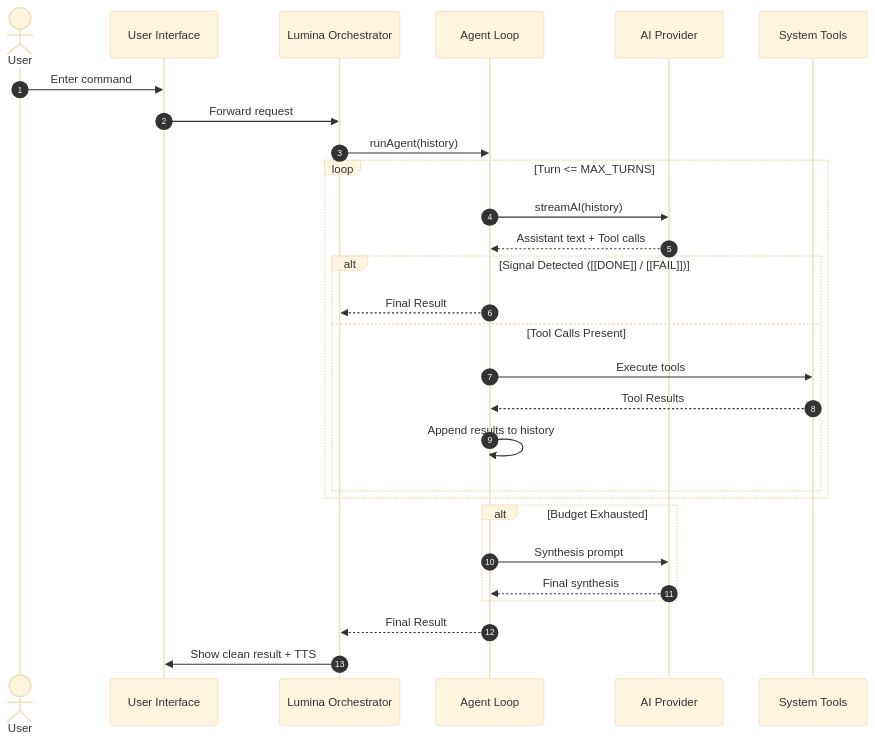
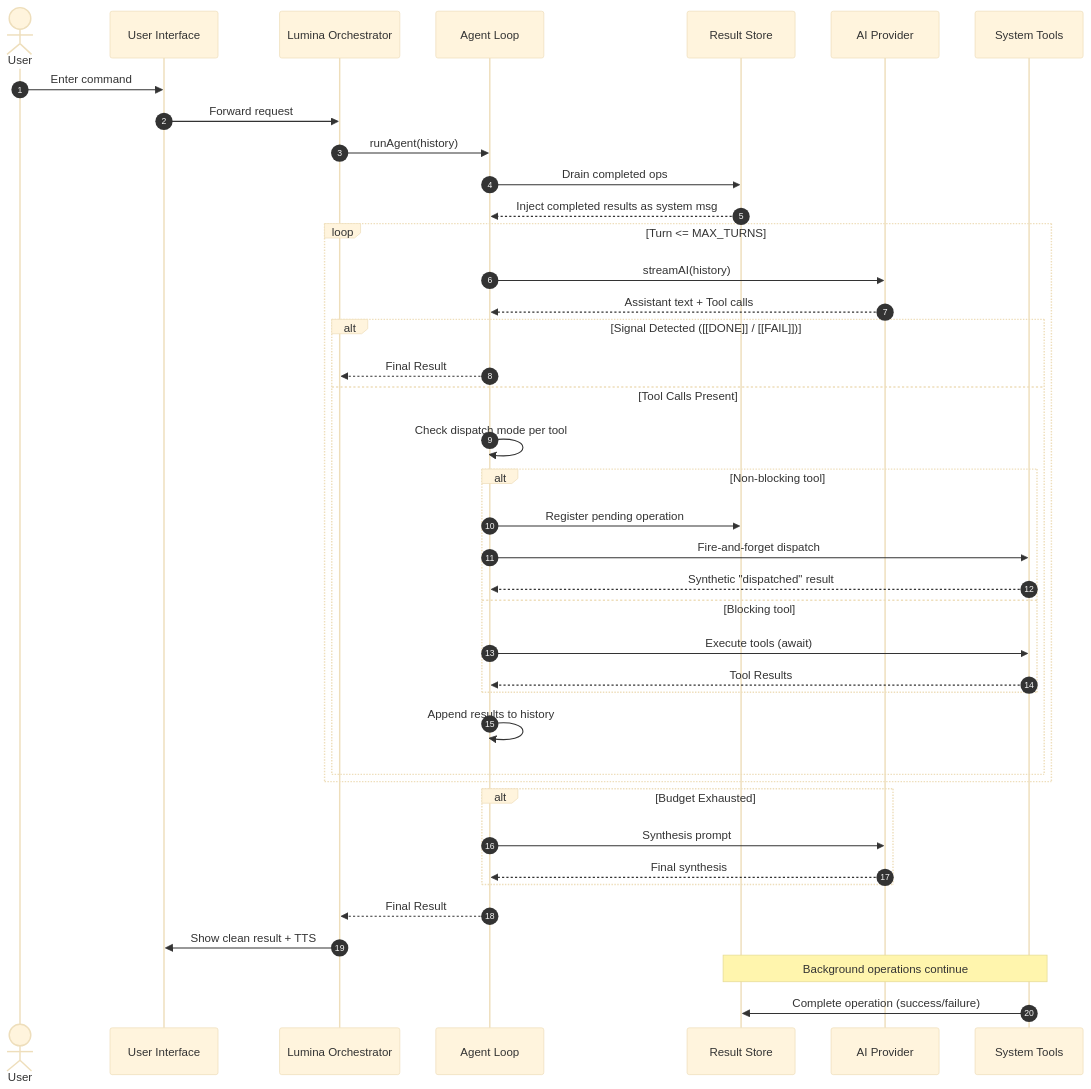
Before and after one commit to Rafacuy/desklumina: the second of 2 diagrams in docs/05-architecture.md, drawn with Mermaid (base theme). The commit also changed other lines of this file and 35 other files, not shown here.

````diff
--- a/docs/05-architecture.md
+++ b/docs/05-architecture.md
@@ -177,35 +201,48 @@
 ```mermaid
 sequenceDiagram
     autonumber
     actor User
     participant UI as User Interface
     participant Core as Lumina Orchestrator
     participant Agent as Agent Loop
+    participant RS as Result Store
     participant AI as AI Provider
     participant OS as System Tools
 
     User->>UI: Enter command
     UI->>Core: Forward request
     Core->>Agent: runAgent(history)
+    Agent->>RS: Drain completed ops
+    RS-->>Agent: Inject completed results as system msg
     
     loop Turn <= MAX_TURNS
         Agent->>AI: streamAI(history)
         AI-->>Agent: Assistant text + Tool calls
         
         alt Signal Detected ([[DONE]] / [[FAIL]])
             Agent-->>Core: Final Result
         else Tool Calls Present
-            Agent->>OS: Execute tools
-            OS-->>Agent: Tool Results
+            Agent->>Agent: Check dispatch mode per tool
+            alt Non-blocking tool
+                Agent->>RS: Register pending operation
+                Agent->>OS: Fire-and-forget dispatch
+                OS-->>Agent: Synthetic "dispatched" result
+            else Blocking tool
+                Agent->>OS: Execute tools (await)
+                OS-->>Agent: Tool Results
+            end
             Agent->>Agent: Append results to history
         end
     end
 
     alt Budget Exhausted
         Agent->>AI: Synthesis prompt
         AI-->>Agent: Final synthesis
     end
 
     Agent-->>Core: Final Result
     Core->>UI: Show clean result + TTS
+    
+    Note over RS,OS: Background operations continue
+    OS->>RS: Complete operation (success/failure)
 ```
````
